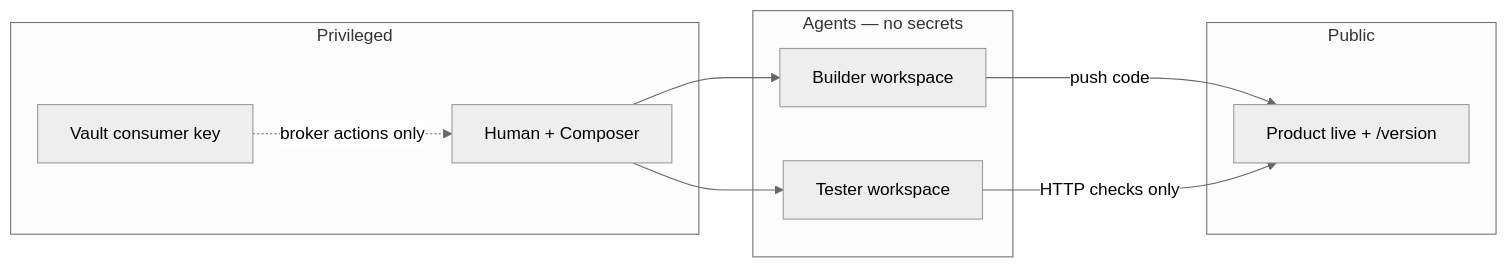
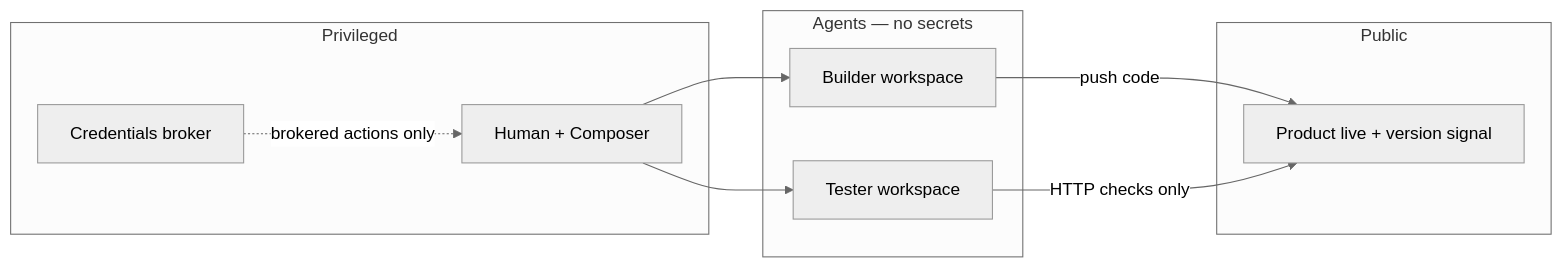
One commit to southu/vygo changed the third of 6 diagrams in apps/web/public/content/vibe-coding/ratchet-guide/diagrams.md. Above: the diagram before and after it, drawn with Mermaid (neutral theme). The commit also changed other lines of this file and 42 other files, not shown here.

First line of the commit message:
fix(vibe-coding): deep-sanitize guide pack to product concepts only

````diff
--- a/apps/web/public/content/vibe-coding/ratchet-guide/diagrams.md
+++ b/apps/web/public/content/vibe-coding/ratchet-guide/diagrams.md
@@ -57,22 +57,22 @@
 ```mermaid
 flowchart LR
   subgraph privileged [Privileged]
     OP[Human + Composer]
-    VC[Vault consumer key]
+    VC[Credentials broker]
   end
 
   subgraph agents [Agents — no secrets]
     BU[Builder workspace]
     TE[Tester workspace]
   end
 
   subgraph public [Public]
-    PL[Product live + /version]
+    PL[Product live + version signal]
   end
 
   OP --> BU
   OP --> TE
-  VC -.->|broker actions only| OP
+  VC -.->|brokered actions only| OP
   BU -->|push code| PL
   TE -->|HTTP checks only| PL
 ```
````
